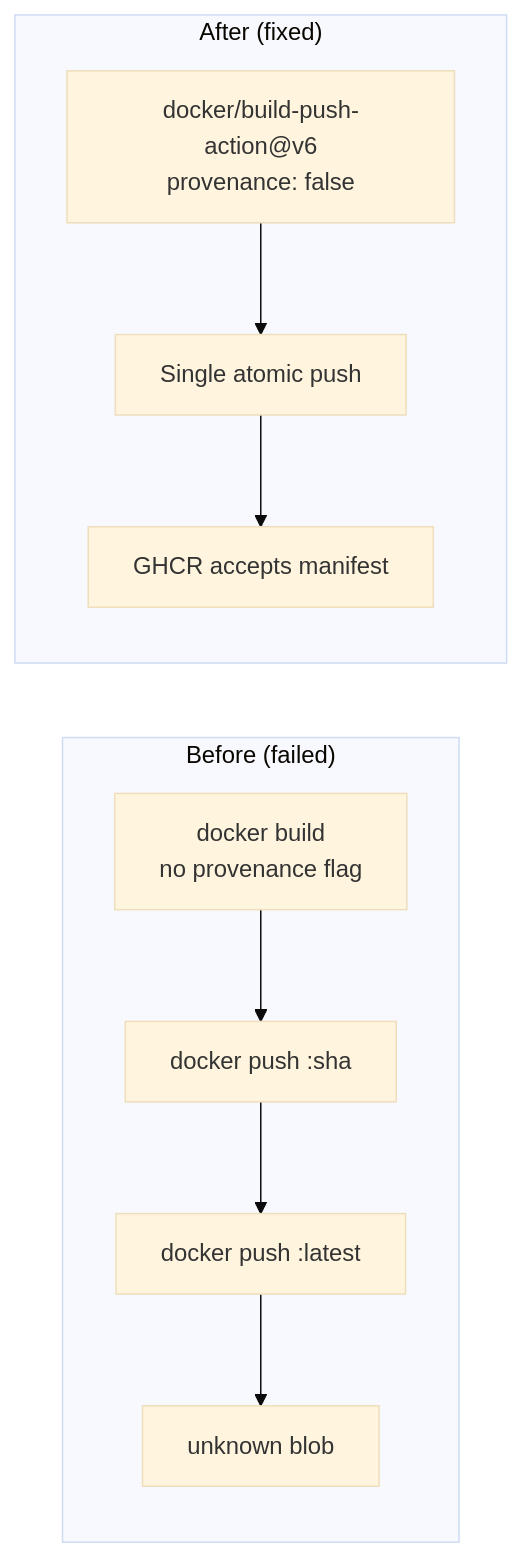
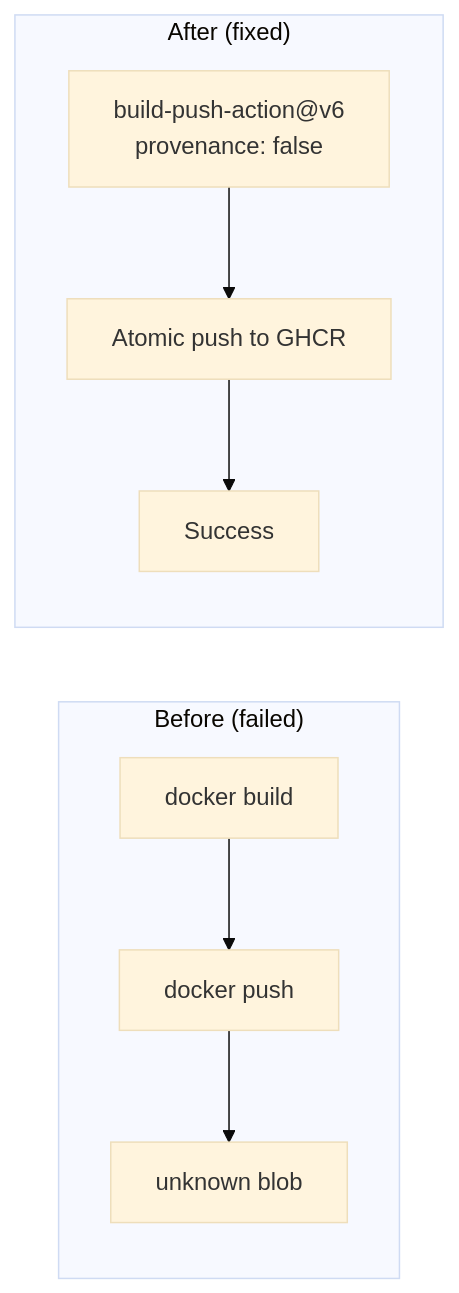
One commit to chaitussm/Java-Project changed diagram 21 of 22 in docs/java-e2e-ci-pipeline-guide.md. Above: the diagram before and after it, drawn with Mermaid (base theme). The commit also changed other lines of this file and 1 other file, not shown here.

First line of the commit message:
Document full CI resolution guide with diagrams for all failures

````diff
--- a/docs/java-e2e-ci-pipeline-guide.md
+++ b/docs/java-e2e-ci-pipeline-guide.md
@@ -552,13 +767,12 @@
 ```mermaid
 flowchart LR
     subgraph before ["Before (failed)"]
-        B1["docker build\nno provenance flag"] --> B2["docker push :sha"]
-        B2 --> B3["docker push :latest"]
-        B3 --> B4["unknown blob"]
+        B1["docker build"] --> B2["docker push"]
+        B2 --> B3["unknown blob"]
     end
 
     subgraph after ["After (fixed)"]
-        A1["docker/build-push-action@v6\nprovenance: false"] --> A2["Single atomic push"]
-        A2 --> A3["GHCR accepts manifest"]
+        A1["build-push-action@v6\nprovenance: false"] --> A2["Atomic push to GHCR"]
+        A2 --> A3["Success"]
     end
 ```
````
